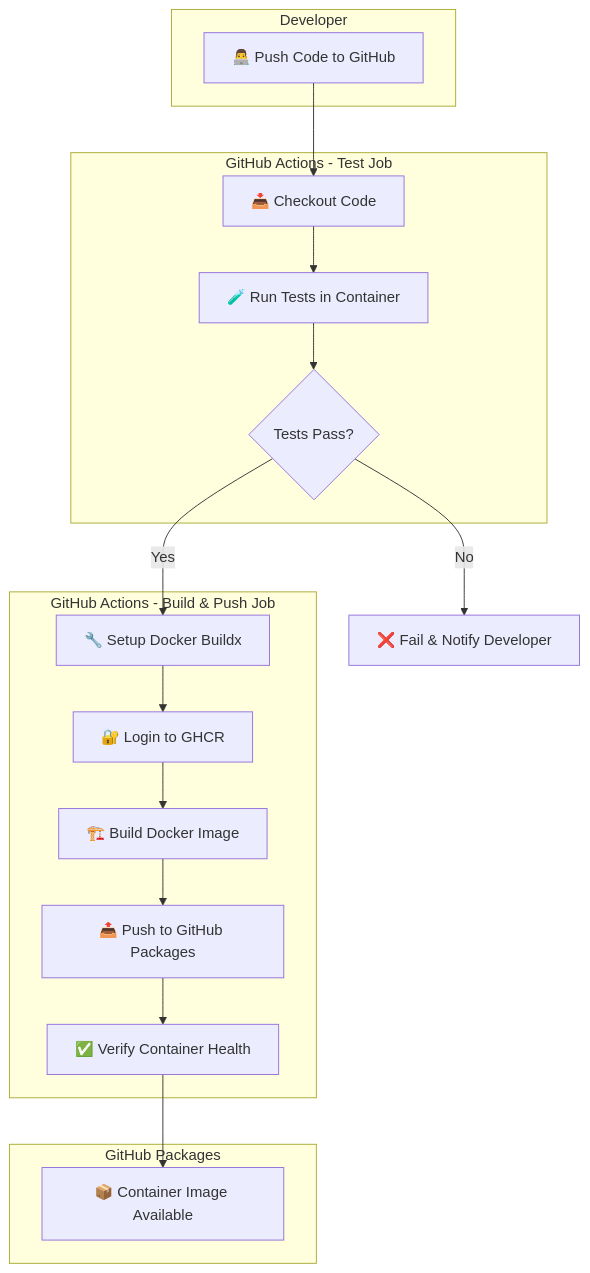
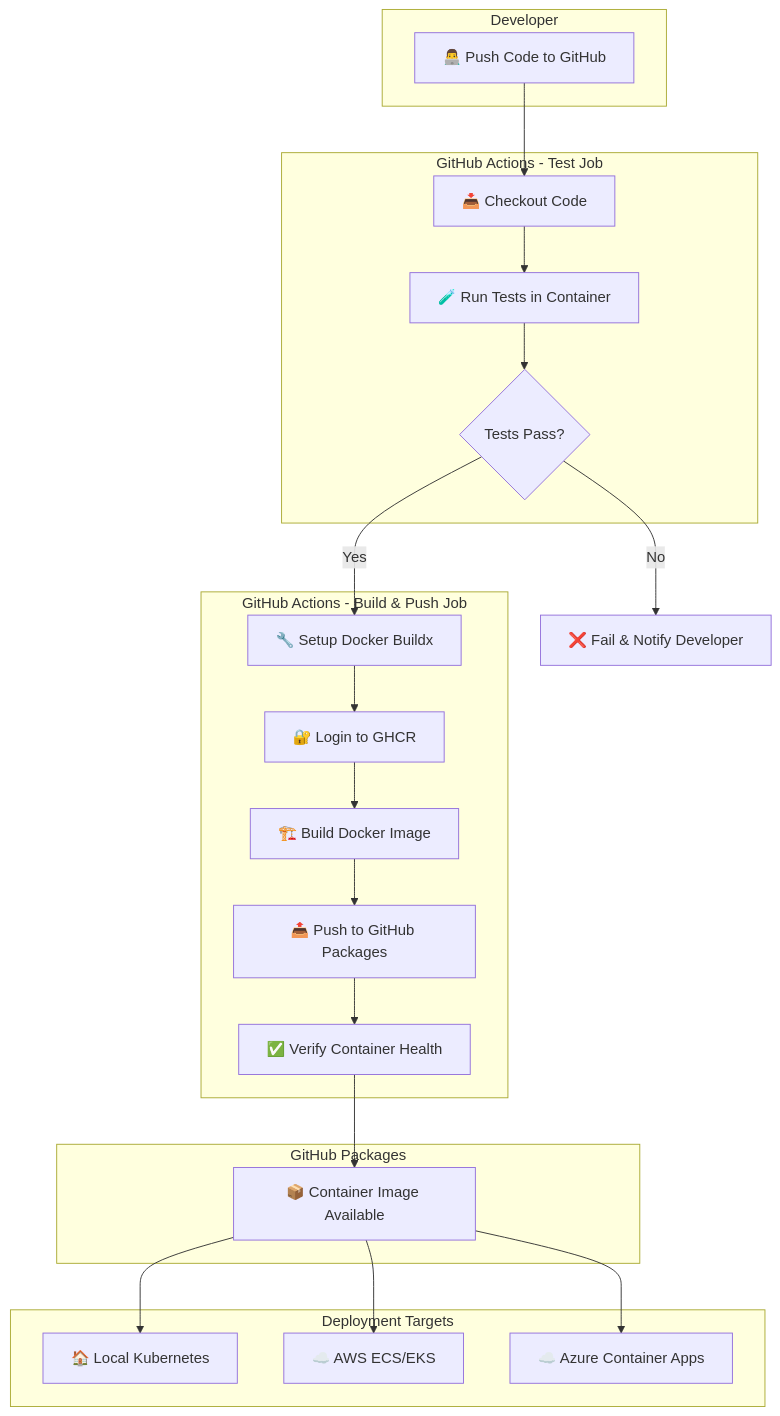
Before and after one commit to NOAA-GSL/cicd-pipeline-demo: the first of 5 diagrams in README.md, drawn with Mermaid. The commit also changed other lines of this file and 1 other file, not shown here.

Commit message:
updating with examples for local k8, AWS, and Azure

````diff
--- a/README.md
+++ b/README.md
@@ -70,35 +70,44 @@
 ```mermaid
 flowchart TD
     subgraph Developer
         A[👨‍💻 Push Code to GitHub]
     end
     
     subgraph "GitHub Actions - Test Job"
         B[📥 Checkout Code]
         C[🧪 Run Tests in Container]
         D{Tests Pass?}
     end
     
     subgraph "GitHub Actions - Build & Push Job"
         E[🔧 Setup Docker Buildx]
         F[🔐 Login to GHCR]
         G[🏗️ Build Docker Image]
         H[📤 Push to GitHub Packages]
         I[✅ Verify Container Health]
     end
     
     subgraph "GitHub Packages"
         J[📦 Container Image Available]
     end
     
+    subgraph "Deployment Targets"
+        L[🏠 Local Kubernetes]
+        M[☁️ AWS ECS/EKS]
+        N[☁️ Azure Container Apps]
+    end
+    
     A --> B
     B --> C
     C --> D
     D -->|Yes| E
     D -->|No| K[❌ Fail & Notify Developer]
     E --> F
     F --> G
     G --> H
     H --> I
     I --> J
+    J --> L
+    J --> M
+    J --> N
 ```
````
